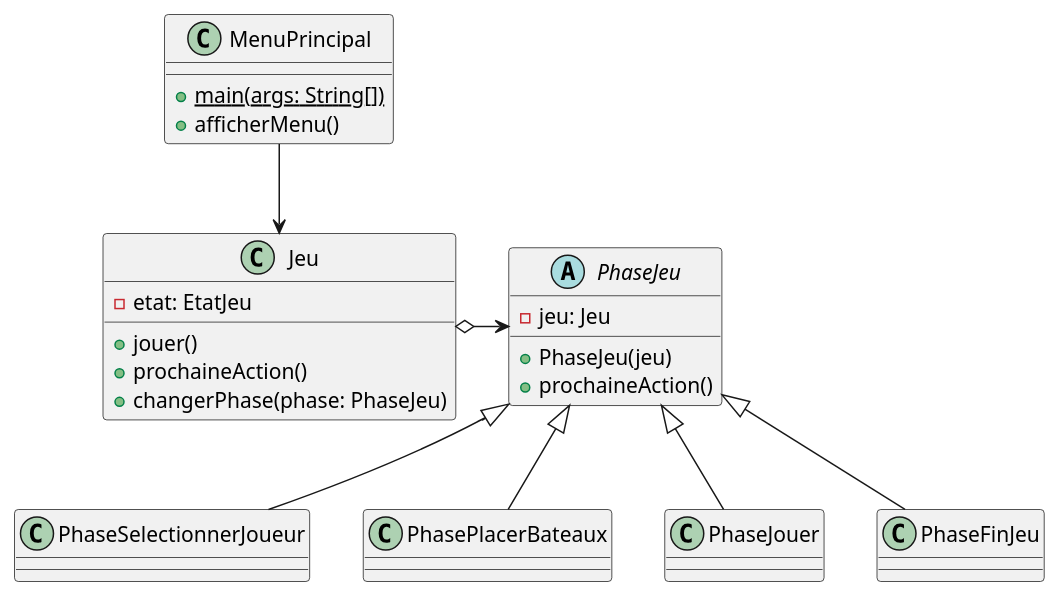
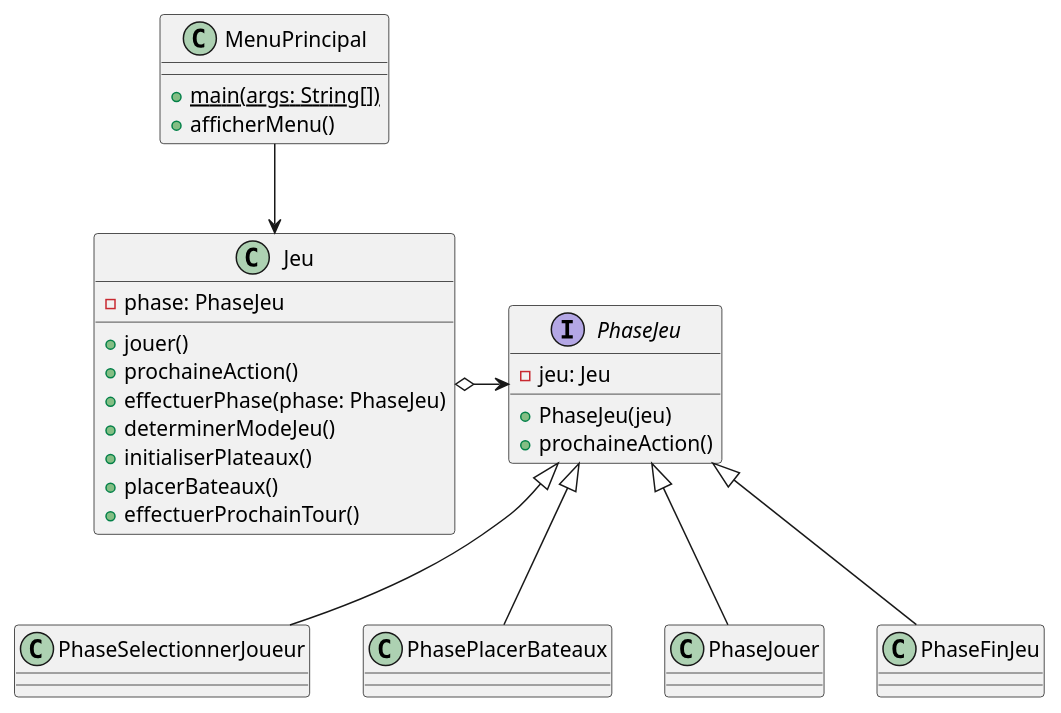
The diagram in diagrammes_conception/diagrammes_patrons/classes_état.puml (Patroklos99/5153_TP2-Battleship-AI-Pattern-Conception_Engineering2), drawn with PlantUML before and after one commit. The commit also changed 3 other files, not shown here.

Commit message:
Update des diagrammes de classe

```diff
--- a/diagrammes_conception/diagrammes_patrons/classes_état.puml
+++ b/diagrammes_conception/diagrammes_patrons/classes_état.puml
@@ -1,38 +1,42 @@
 @startuml
 class MenuPrincipal{
     + {static} main(args: String[])
     + afficherMenu()
 }
 
 class Jeu {
-    - etat: EtatJeu
+    - phase: PhaseJeu
     + jouer()
     + prochaineAction()
-    + changerPhase(phase: PhaseJeu)
+    + effectuerPhase(phase: PhaseJeu)
+    + determinerModeJeu()
+    + initialiserPlateaux()
+    + placerBateaux()
+    + effectuerProchainTour()
 }
 
-abstract PhaseJeu {
+interface PhaseJeu {
     - jeu: Jeu
     + PhaseJeu(jeu)
     + prochaineAction()
 }
 
 class PhaseSelectionnerJoueur {}
 
 class PhasePlacerBateaux {}
 
 class PhaseJouer {}
 
 class PhaseFinJeu {}
 
 
 PhaseJeu <-left-o Jeu
 
 PhaseSelectionnerJoueur -up-|> PhaseJeu
 PhasePlacerBateaux -up-|> PhaseJeu
 PhaseJouer -up-|> PhaseJeu
 PhaseFinJeu -up-|> PhaseJeu
 
 MenuPrincipal --> Jeu
 
 @enduml
```
